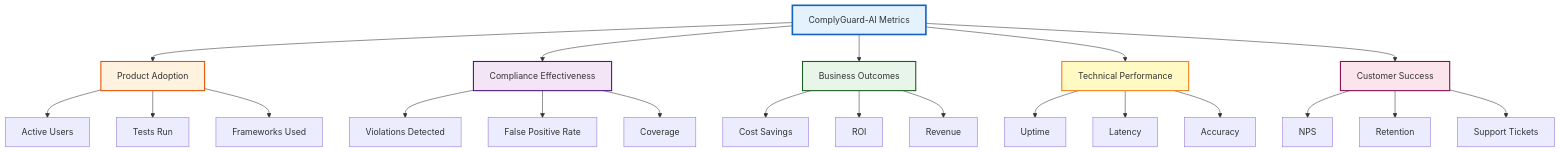
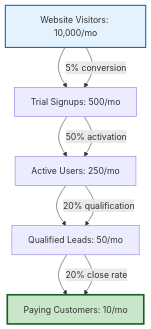
One commit to ArjunFrancis/ComplyGuard-AI changed the second of 2 diagrams in docs/metrics-framework.md. Above: the diagram before and after it, drawn with Mermaid. The commit also changed other lines of this file, not shown here.

Commit message:
docs: Add metrics framework for KPI tracking and success measurement

````diff
--- a/docs/metrics-framework.md
+++ b/docs/metrics-framework.md
@@ -28,35 +250,15 @@
 ```mermaid
 graph TB
-    A[ComplyGuard-AI Metrics] --> B[Product Adoption]
-    A --> C[Compliance Effectiveness]
-    A --> D[Business Outcomes]
-    A --> E[Technical Performance]
-    A --> F[Customer Success]
+    A[Website Visitors: 10,000/mo] --> B[Trial Signups: 500/mo]
+    B --> C[Active Users: 250/mo]
+    C --> D[Qualified Leads: 50/mo]
+    D --> E[Paying Customers: 10/mo]
     
-    B --> B1[Active Users]
-    B --> B2[Tests Run]
-    B --> B3[Frameworks Used]
+    A -->|5% conversion| B
+    B -->|50% activation| C
+    C -->|20% qualification| D
+    D -->|20% close rate| E
     
-    C --> C1[Violations Detected]
-    C --> C2[False Positive Rate]
-    C --> C3[Coverage]
-    
-    D --> D1[Cost Savings]
-    D --> D2[ROI]
-    D --> D3[Revenue]
-    
-    E --> E1[Uptime]
-    E --> E2[Latency]
-    E --> E3[Accuracy]
-    
-    F --> F1[NPS]
-    F --> F2[Retention]
-    F --> F3[Support Tickets]
-    
-    style A fill:#e3f2fd,stroke:#1565c0,stroke-width:3px
-    style B fill:#fff3e0,stroke:#e65100,stroke-width:2px
-    style C fill:#f3e5f5,stroke:#4a148c,stroke-width:2px
-    style D fill:#e8f5e9,stroke:#1b5e20,stroke-width:2px
-    style E fill:#fff9c4,stroke:#f57f17,stroke-width:2px
-    style F fill:#fce4ec,stroke:#880e4f,stroke-width:2px
+    style A fill:#e3f2fd,stroke:#1565c0,stroke-width:2px
+    style E fill:#c8e6c9,stroke:#1b5e20,stroke-width:3px
 ```
````
